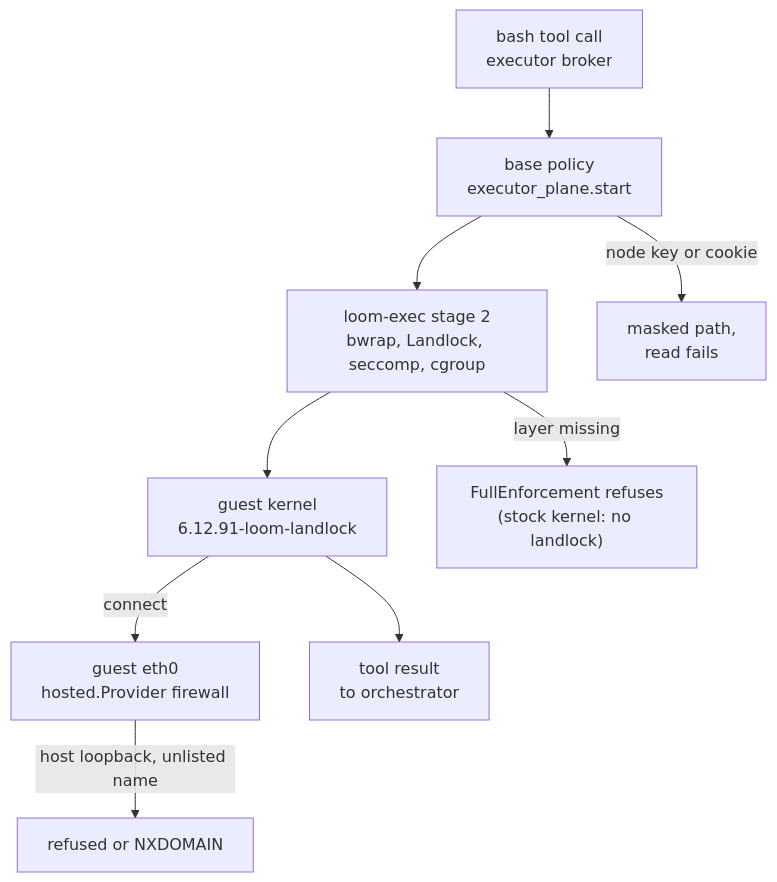
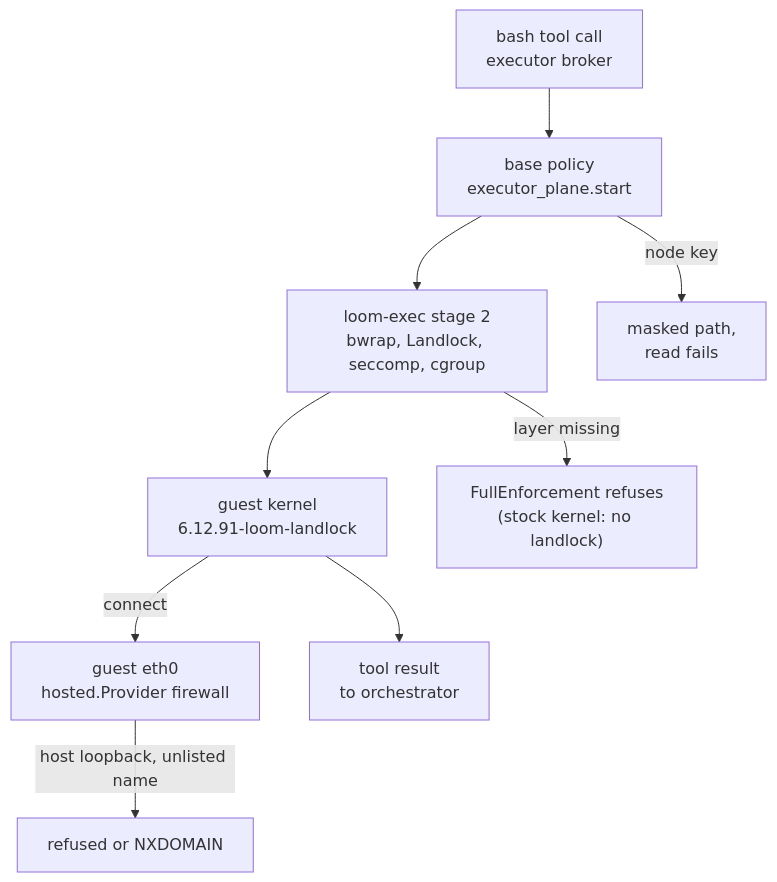
One commit to Roasbeef/loom changed the third of 5 diagrams in docs/architecture/microvm.md. Above: the diagram before and after it, drawn with Mermaid. The commit also changed other lines of this file and 3 other files, not shown here.

````diff
--- a/docs/architecture/microvm.md
+++ b/docs/architecture/microvm.md
@@ -158,15 +158,15 @@
 ```mermaid
 flowchart TB
     toolcall["bash tool call<br/>executor broker"]
     policy["base policy<br/>executor_plane.start"]
     helper["loom-exec stage 2<br/>bwrap, Landlock, seccomp, cgroup"]
     kernel["guest kernel<br/>6.12.91-loom-landlock"]
     net["guest eth0<br/>hosted.Provider firewall"]
     out["tool result<br/>to orchestrator"]
 
     toolcall --> policy --> helper --> kernel --> out
-    policy -- "node key or cookie" --> masked["masked path,<br/>read fails"]
+    policy -- "node key" --> masked["masked path,<br/>read fails"]
     helper -- "layer missing" --> refuse["FullEnforcement refuses<br/>(stock kernel: no landlock)"]
     kernel -- "connect" --> net
     net -- "host loopback, unlisted name" --> nx["refused or NXDOMAIN"]
 ```
````
